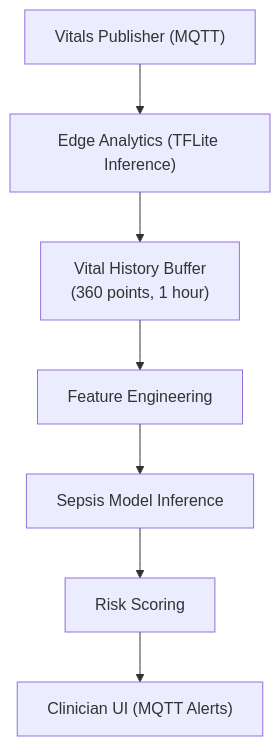
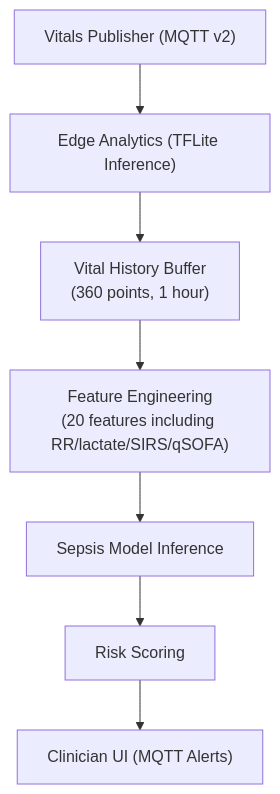
Before and after one commit to chaithubk/medtech-edge-analytics: the diagram in README.md, drawn with Mermaid. The commit also changed other lines of this file and 9 other files, not shown here.

First line of the commit message:
feat: adapt service to consume v2 MQTT vitals payload

````diff
--- a/README.md
+++ b/README.md
@@ -16,17 +88,17 @@
 ```mermaid
 flowchart TD
-    A["Vitals Publisher (MQTT)"] 
+    A["Vitals Publisher (MQTT v2)"] 
     B["Edge Analytics (TFLite Inference)"]
     C["Vital History Buffer<br/>(360 points, 1 hour)"]
-    D["Feature Engineering"]
+    D["Feature Engineering<br/>(20 features including RR/lactate/SIRS/qSOFA)"]
     E["Sepsis Model Inference"]
     F["Risk Scoring"]
     G["Clinician UI (MQTT Alerts)"]
 
     A --> B
     B --> C
     C --> D
     D --> E
     E --> F
     F --> G
 ```
````
